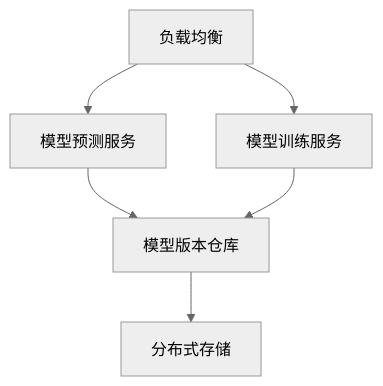
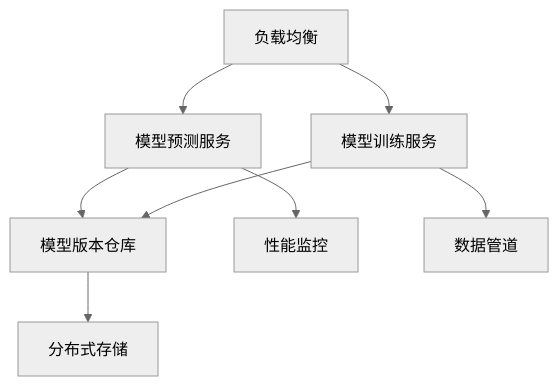
The fifth of 7 diagrams in docs/architecture.md (KLJyouth/deepseek-companion), drawn with Mermaid (neutral theme) before and after one commit. The commit also changed other lines of this file and 5 other files, not shown here.

````diff
--- a/docs/architecture.md
+++ b/docs/architecture.md
@@ -89,8 +109,10 @@
 ```mermaid
 graph TB
     A[负载均衡] --> B[模型预测服务]
     A --> C[模型训练服务]
     B --> D[模型版本仓库]
     C --> D
     D --> E[分布式存储]
+    B --> F[性能监控]
+    C --> G[数据管道]
 ```
````
